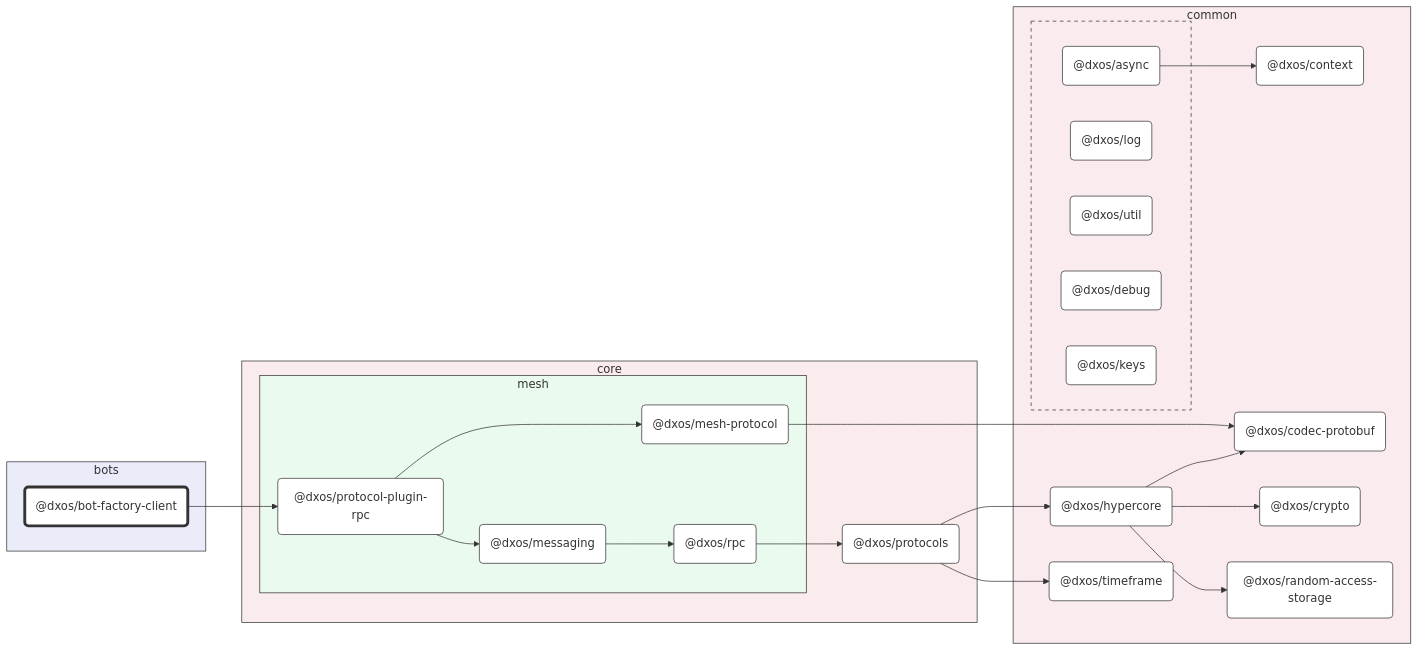
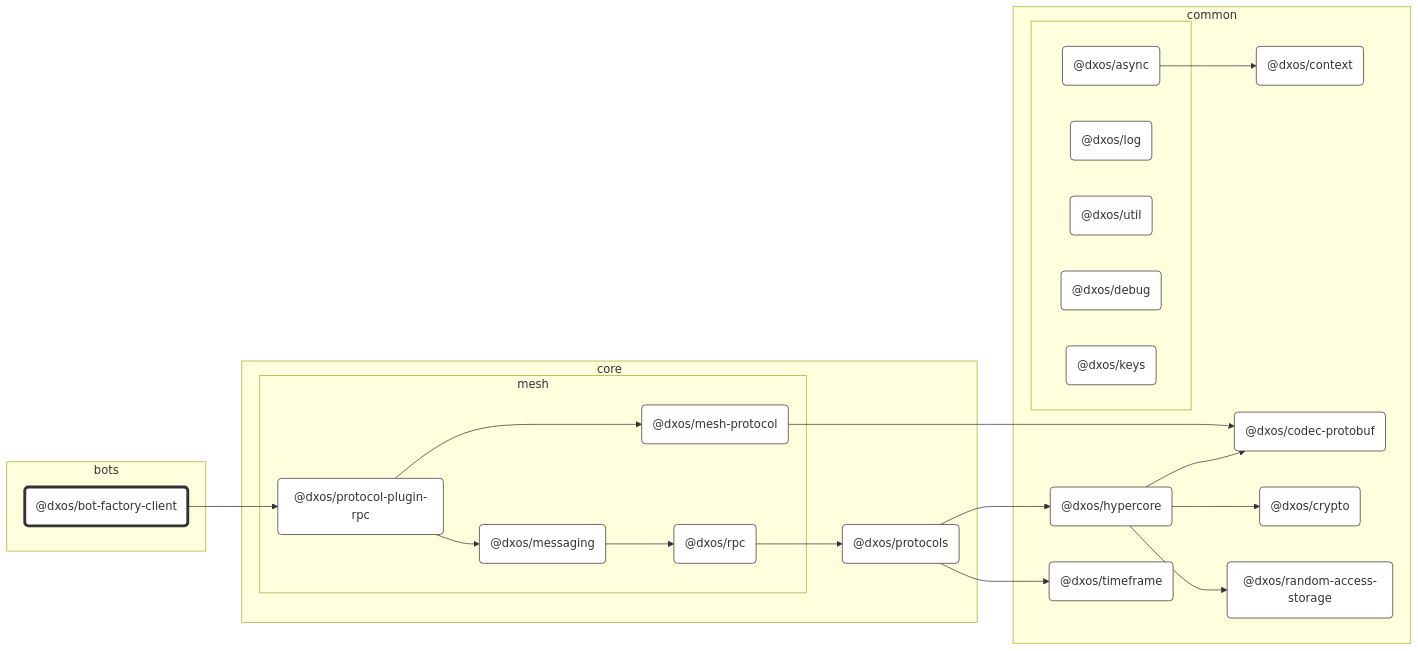
One commit to dxos/dxos changed the diagram in packages/bots/bot-factory-client/docs/README.md. Above: the diagram before and after it, drawn with Mermaid. The commit also changed 80 other files, not shown here.

````diff
--- a/packages/bots/bot-factory-client/docs/README.md
+++ b/packages/bots/bot-factory-client/docs/README.md
@@ -7,80 +7,75 @@
 ```mermaid
 %%{ init: {'flowchart':{'curve':'basis'}} }%%
 
 flowchart LR
 
 %% Classes
 classDef def fill:#fff,stroke:#333,stroke-width:1px
 classDef root fill:#fff,stroke:#333,stroke-width:4px
 
 %% Nodes
 
 subgraph bots [bots]
-  style bots fill:#ebecfa,stroke:#333
   dxos/bot-factory-client("@dxos/bot-factory-client"):::root
   click dxos/bot-factory-client "dxos/dxos/tree/main/packages/bots/bot-factory-client/docs"
 end
 
 subgraph common [common]
-  style common fill:#faebee,stroke:#333
   dxos/context("@dxos/context"):::def
   click dxos/context "dxos/dxos/tree/main/packages/common/context/docs"
   dxos/codec-protobuf("@dxos/codec-protobuf"):::def
   click dxos/codec-protobuf "dxos/dxos/tree/main/packages/common/codec-protobuf/docs"
   dxos/hypercore("@dxos/hypercore"):::def
   click dxos/hypercore "dxos/dxos/tree/main/packages/common/hypercore/docs"
   dxos/crypto("@dxos/crypto"):::def
   click dxos/crypto "dxos/dxos/tree/main/packages/common/crypto/docs"
   dxos/random-access-storage("@dxos/random-access-storage"):::def
   click dxos/random-access-storage "dxos/dxos/tree/main/packages/common/random-access-storage/docs"
   dxos/timeframe("@dxos/timeframe"):::def
   click dxos/timeframe "dxos/dxos/tree/main/packages/common/timeframe/docs"
 
   subgraph _ [ ]
-    style _ fill:#faebee,stroke:#333,stroke-dasharray:5 5
     dxos/async("@dxos/async"):::def
     click dxos/async "dxos/dxos/tree/main/packages/common/async/docs"
     dxos/log("@dxos/log"):::def
     click dxos/log "dxos/dxos/tree/main/packages/common/log/docs"
     dxos/util("@dxos/util"):::def
     click dxos/util "dxos/dxos/tree/main/packages/common/util/docs"
     dxos/debug("@dxos/debug"):::def
     click dxos/debug "dxos/dxos/tree/main/packages/common/debug/docs"
     dxos/keys("@dxos/keys"):::def
     click dxos/keys "dxos/dxos/tree/main/packages/common/keys/docs"
   end
 end
 
 subgraph core [core]
-  style core fill:#faebec,stroke:#333
   dxos/protocols("@dxos/protocols"):::def
   click dxos/protocols "dxos/dxos/tree/main/packages/core/protocols/docs"
 
   subgraph mesh [mesh]
-    style mesh fill:#ebfaef,stroke:#333
     dxos/protocol-plugin-rpc("@dxos/protocol-plugin-rpc"):::def
     click dxos/protocol-plugin-rpc "dxos/dxos/tree/main/packages/core/mesh/protocol-plugin-rpc/docs"
     dxos/mesh-protocol("@dxos/mesh-protocol"):::def
     click dxos/mesh-protocol "dxos/dxos/tree/main/packages/core/mesh/mesh-protocol/docs"
     dxos/messaging("@dxos/messaging"):::def
     click dxos/messaging "dxos/dxos/tree/main/packages/core/mesh/messaging/docs"
     dxos/rpc("@dxos/rpc"):::def
     click dxos/rpc "dxos/dxos/tree/main/packages/core/mesh/rpc/docs"
   end
 end
 
 %% Links
 linkStyle default stroke:#333,stroke-width:1px
 dxos/async --> dxos/context
 dxos/bot-factory-client --> dxos/protocol-plugin-rpc
 dxos/protocol-plugin-rpc --> dxos/mesh-protocol
 dxos/mesh-protocol --> dxos/codec-protobuf
 dxos/protocol-plugin-rpc --> dxos/messaging
 dxos/protocols --> dxos/hypercore
 dxos/hypercore --> dxos/codec-protobuf
 dxos/hypercore --> dxos/crypto
 dxos/hypercore --> dxos/random-access-storage
 dxos/protocols --> dxos/timeframe
 dxos/messaging --> dxos/rpc
 dxos/rpc --> dxos/protocols
 ```
````
